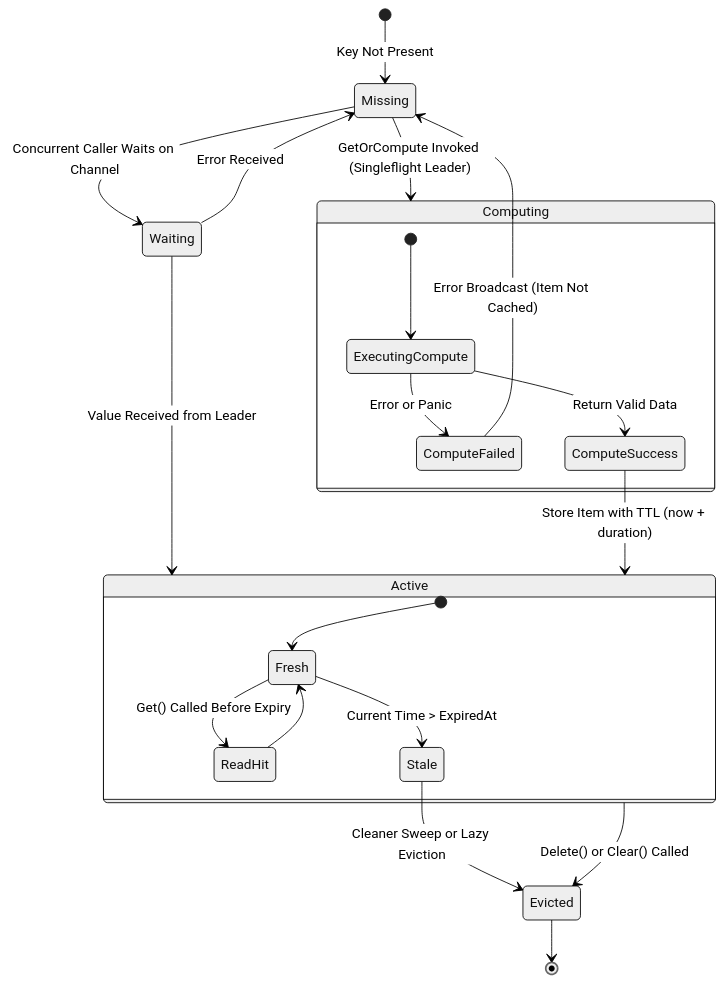
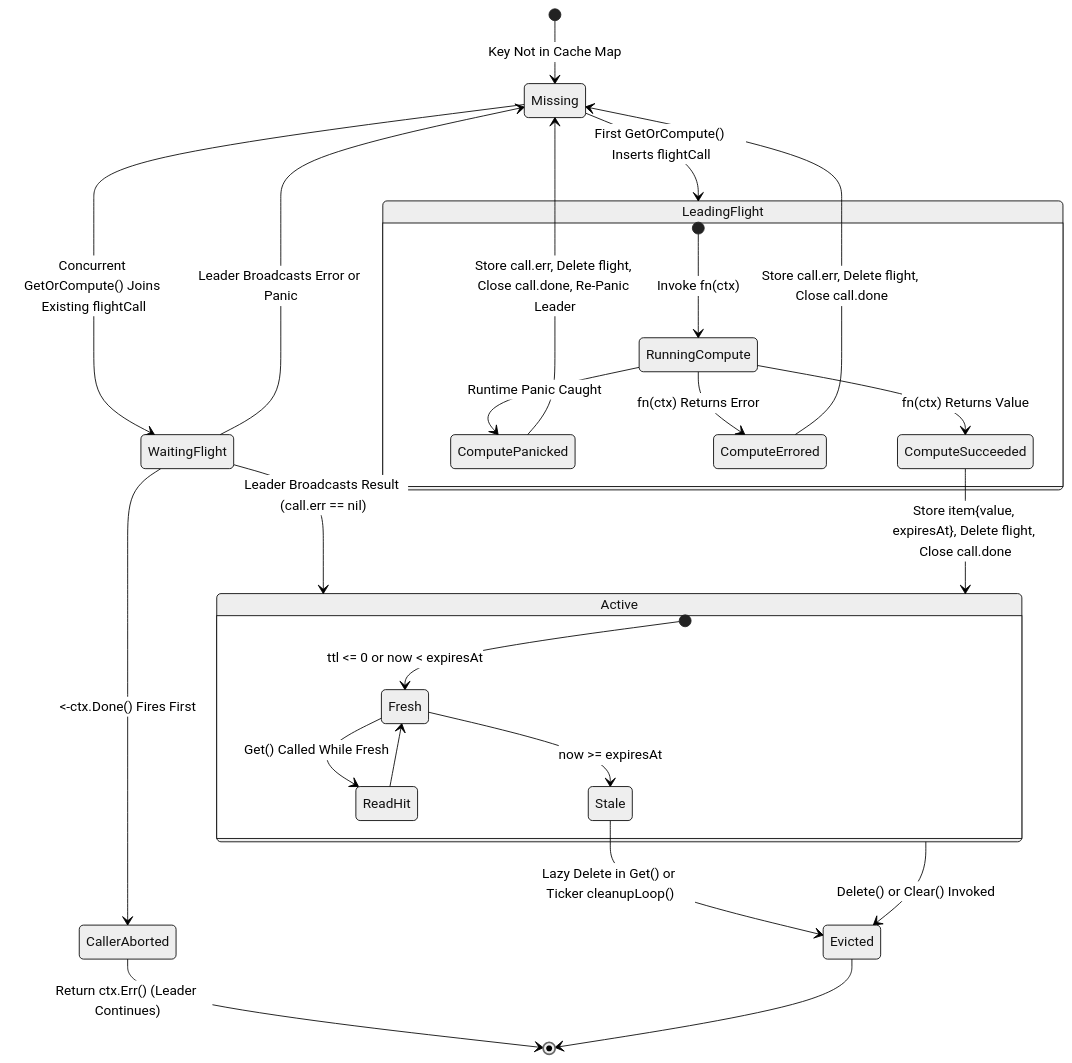
The eighth of 10 diagrams in README.md (Jkenyut/nvx-go-helper), drawn with Mermaid (neutral theme) before and after one commit. The commit also changed other lines of this file, not shown here.

Commit message:
docs: update technical documentation and package architecture in README

````diff
--- a/README.md
+++ b/README.md
@@ -430,29 +407,33 @@
 ```mermaid
 stateDiagram-v2
-    [*] --> Missing: Key Not Present
-    Missing --> Computing: GetOrCompute Invoked (Singleflight Leader)
-    Missing --> Waiting: Concurrent Caller Waits on Channel
+    [*] --> Missing: Key Not in Cache Map
+    Missing --> LeadingFlight: First GetOrCompute() Inserts flightCall
+    Missing --> WaitingFlight: Concurrent GetOrCompute() Joins Existing flightCall
 
-    state Computing {
-        [*] --> ExecutingCompute
-        ExecutingCompute --> ComputeFailed: Error or Panic
-        ExecutingCompute --> ComputeSuccess: Return Valid Data
+    WaitingFlight --> CallerAborted: <-ctx.Done() Fires First
+    CallerAborted --> [*]: Return ctx.Err() (Leader Continues)
+    WaitingFlight --> Active: Leader Broadcasts Result (call.err == nil)
+    WaitingFlight --> Missing: Leader Broadcasts Error or Panic
+
+    state LeadingFlight {
+        [*] --> RunningCompute: Invoke fn(ctx)
+        RunningCompute --> ComputePanicked: Runtime Panic Caught
+        RunningCompute --> ComputeErrored: fn(ctx) Returns Error
+        RunningCompute --> ComputeSucceeded: fn(ctx) Returns Value
     }
 
-    ComputeFailed --> Missing: Error Broadcast (Item Not Cached)
-    Waiting --> Missing: Error Received
-    Waiting --> Active: Value Received from Leader
-
-    ComputeSuccess --> Active: Store Item with TTL (now + duration)
+    ComputePanicked --> Missing: Store call.err, Delete flight, Close call.done, Re-Panic Leader
+    ComputeErrored --> Missing: Store call.err, Delete flight, Close call.done
+    ComputeSucceeded --> Active: Store item{value, expiresAt}, Delete flight, Close call.done
 
     state Active {
-        [*] --> Fresh
-        Fresh --> ReadHit: Get() Called Before Expiry
+        [*] --> Fresh: ttl <= 0 or now < expiresAt
+        Fresh --> ReadHit: Get() Called While Fresh
         ReadHit --> Fresh
-        Fresh --> Stale: Current Time > ExpiredAt
+        Fresh --> Stale: now >= expiresAt
     }
 
-    Active --> Evicted: Delete() or Clear() Called
-    Stale --> Evicted: Cleaner Sweep or Lazy Eviction
+    Active --> Evicted: Delete() or Clear() Invoked
+    Stale --> Evicted: Lazy Delete in Get() or Ticker cleanupLoop()
     Evicted --> [*]
 ```
````
